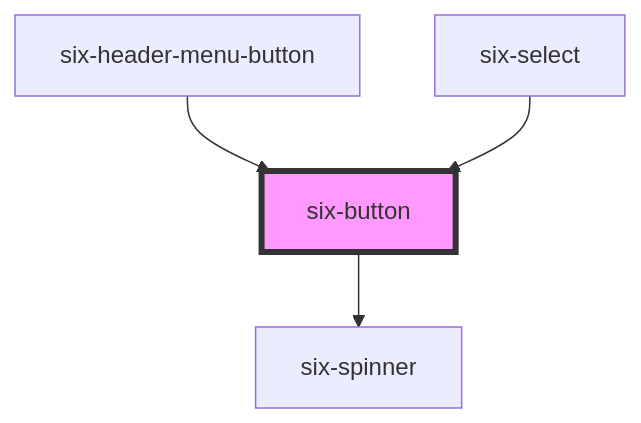
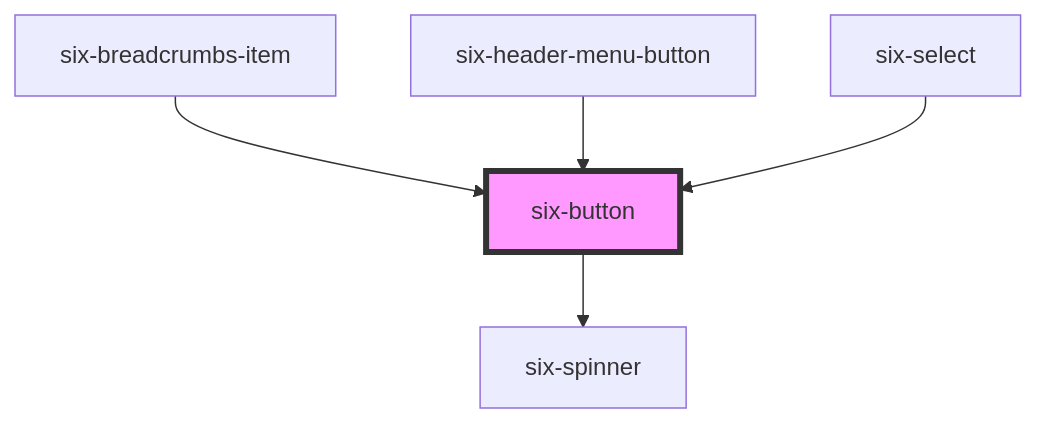
Before and after one commit to six-group/six-webcomponents: the diagram in libraries/ui-library/src/components/six-button/readme.md, drawn with Mermaid. The commit also changed other lines of this file and 12 other files, not shown here.

````diff
--- a/libraries/ui-library/src/components/six-button/readme.md
+++ b/libraries/ui-library/src/components/six-button/readme.md
@@ -97,7 +98,8 @@
 ```mermaid
 graph TD;
   six-button --> six-spinner
+  six-breadcrumbs-item --> six-button
   six-header-menu-button --> six-button
   six-select --> six-button
   style six-button fill:#f9f,stroke:#333,stroke-width:4px
 ```
````
